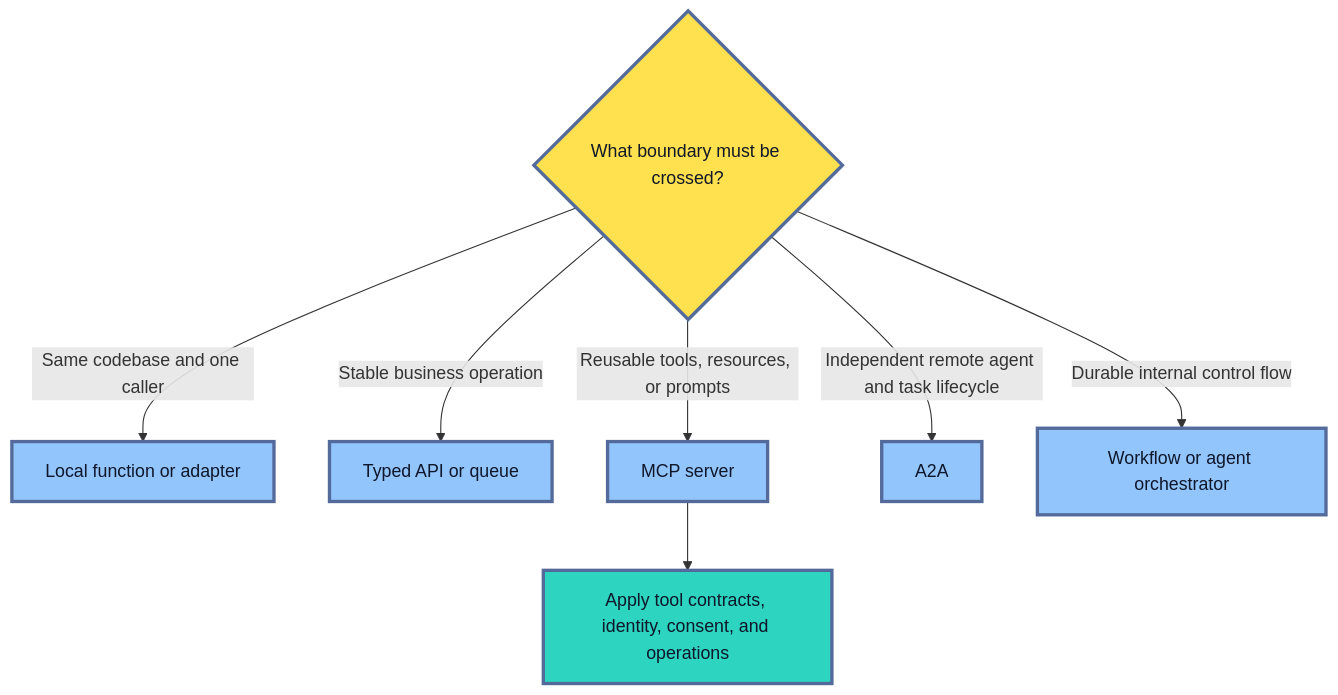
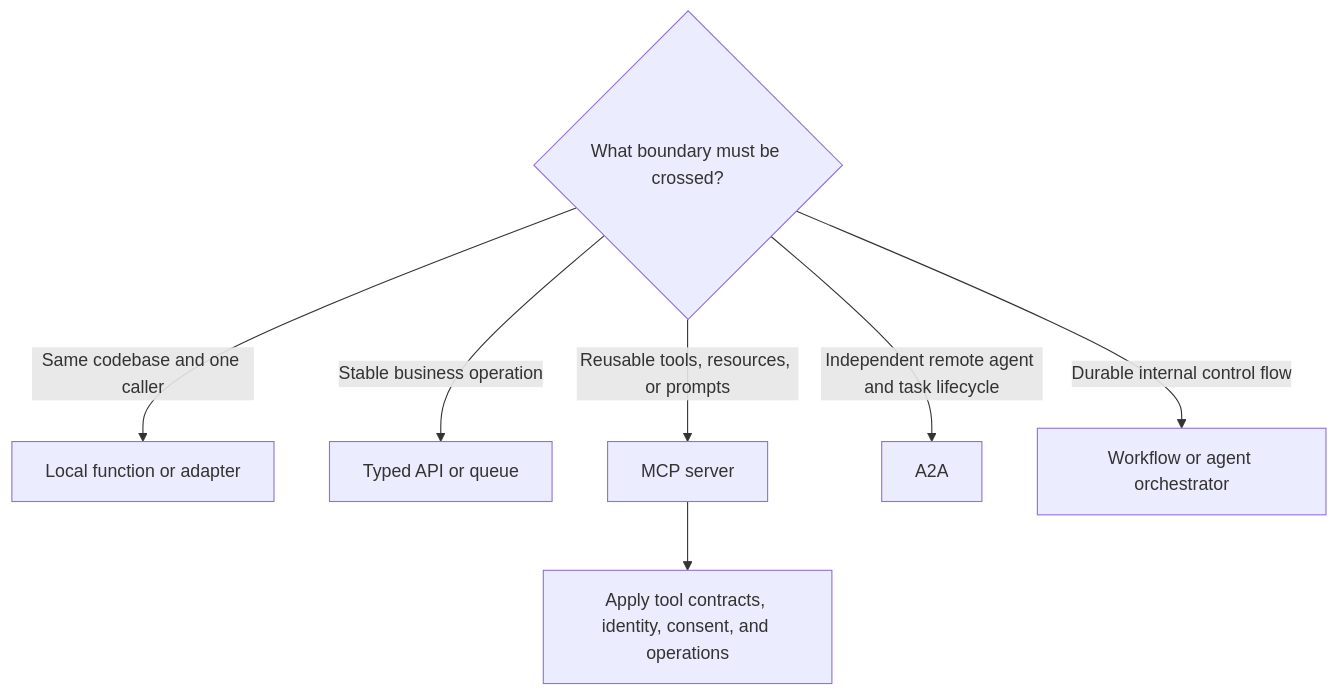
The fourth of 4 diagrams in roadmaps/mlops/modules/llmops/tools-and-protocols/02-mcp-tool-servers.md (senlinyy/dev-roadmaps), drawn with Mermaid before and after one commit. The commit also changed other lines of this file and 152 other files, not shown here.

Commit message:
feat: mlops and diagrams updated

````diff
--- a/roadmaps/mlops/modules/llmops/tools-and-protocols/02-mcp-tool-servers.md
+++ b/roadmaps/mlops/modules/llmops/tools-and-protocols/02-mcp-tool-servers.md
@@ -307,17 +304,14 @@
 ```mermaid
 flowchart TD
     A{"What boundary must be crossed?"}
     A -->|Same codebase and one caller| B["Local function or adapter"]
     A -->|Stable business operation| C["Typed API or queue"]
     A -->|Reusable tools, resources, or prompts| D["MCP server"]
     A -->|Independent remote agent and task lifecycle| E["A2A"]
     A -->|Durable internal control flow| F["Workflow or agent orchestrator"]
     D --> G["Apply tool contracts, identity, consent, and operations"]
 
-    classDef question fill:#FFE04F,stroke:#536A9A,stroke-width:3px,color:#111827
-    classDef choice fill:#93C5FD,stroke:#536A9A,stroke-width:3px,color:#0F172A
-    classDef control fill:#2DD4BF,stroke:#536A9A,stroke-width:3px,color:#0F172A
     class A question
     class B,C,D,E,F choice
     class G control
 ```
````
